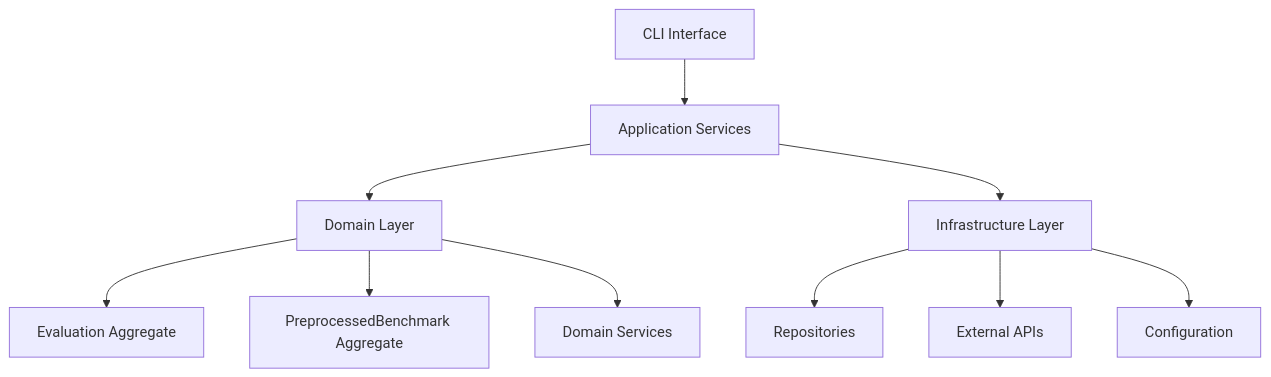
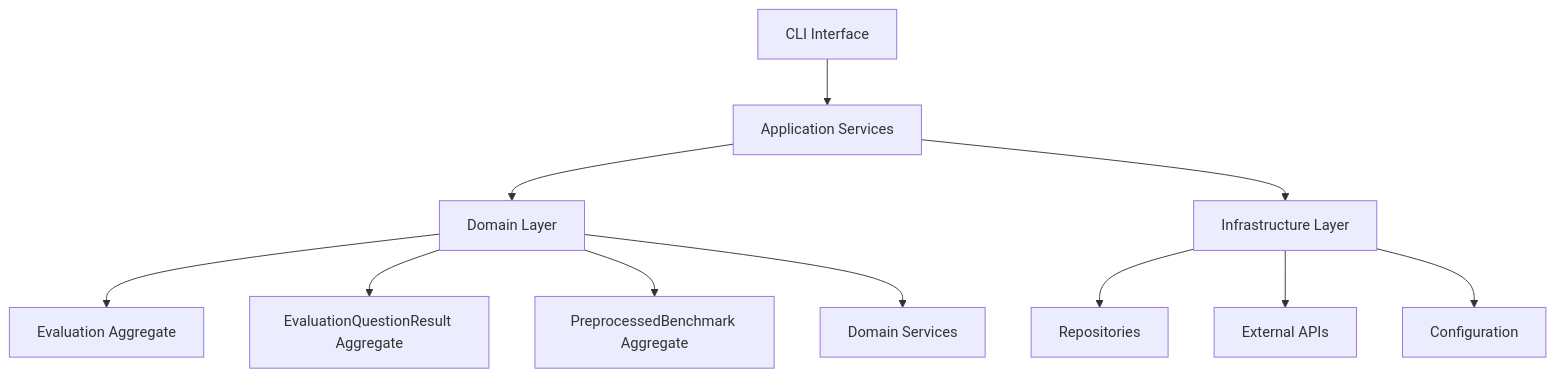
Before and after one commit to thompsonson/c4ai-ml-agents-v2: the first of 7 diagrams in documentation/v2-application-services-architecture.md, drawn with Mermaid. The commit also changed other lines of this file and 3 other files, not shown here.

````diff
--- a/documentation/v2-application-services-architecture.md
+++ b/documentation/v2-application-services-architecture.md
@@ -11,14 +11,15 @@
 ```mermaid
 graph TD
     A[CLI Interface] --> B[Application Services]
     B --> C[Domain Layer]
     B --> D[Infrastructure Layer]
 
     C --> E[Evaluation Aggregate]
-    C --> F[PreprocessedBenchmark Aggregate]
-    C --> G[Domain Services]
+    C --> F[EvaluationQuestionResult Aggregate]
+    C --> G[PreprocessedBenchmark Aggregate]
+    C --> H[Domain Services]
 
-    D --> H[Repositories]
-    D --> I[External APIs]
-    D --> J[Configuration]
+    D --> I[Repositories]
+    D --> J[External APIs]
+    D --> K[Configuration]
 ```
````
